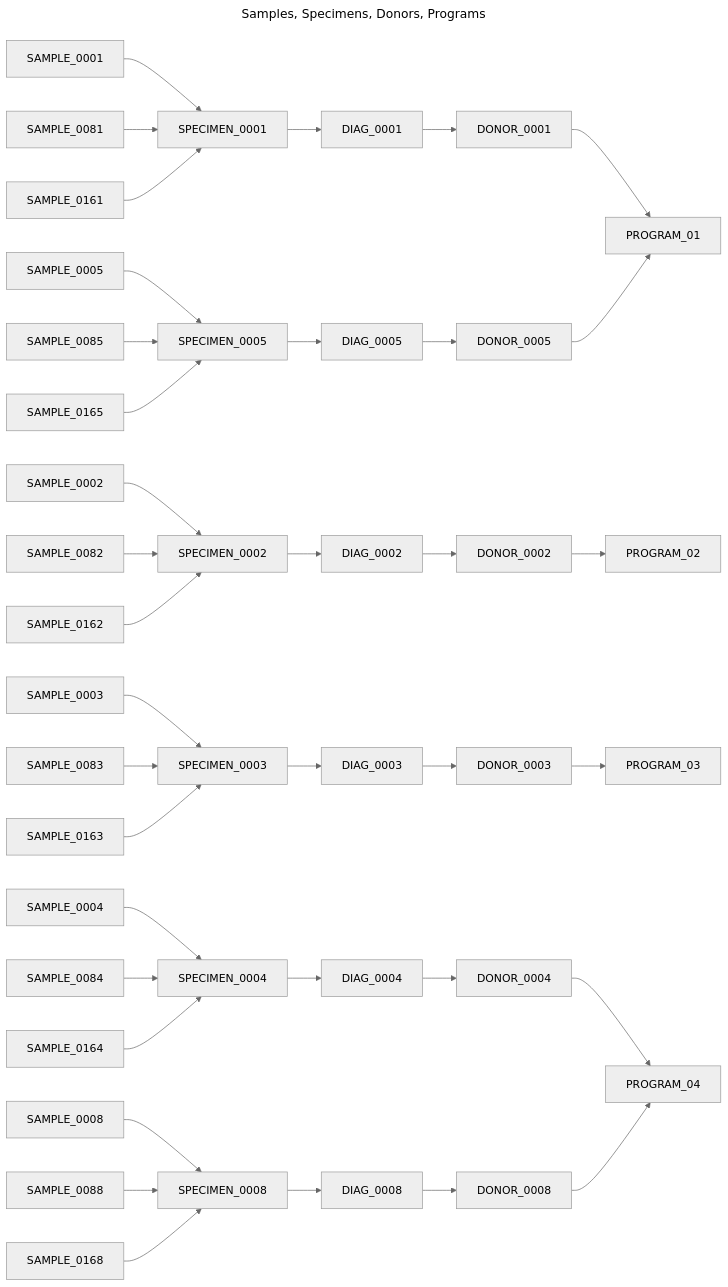
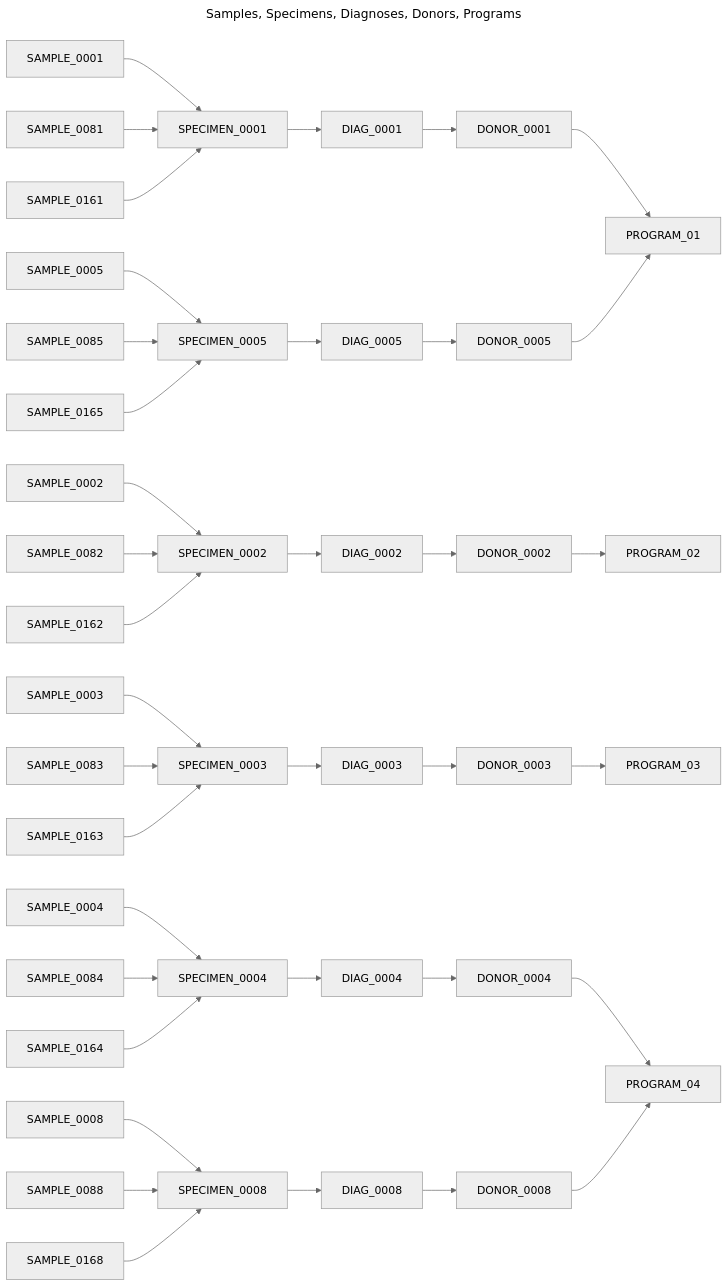
Before and after one commit to CanDIG/katsu: the first of 4 diagrams in chord_metadata_service/mohpackets/data/small_dataset/README.md, drawn with Mermaid (neutral theme). The commit also changed other lines of this file, not shown here.

````diff
--- a/chord_metadata_service/mohpackets/data/small_dataset/README.md
+++ b/chord_metadata_service/mohpackets/data/small_dataset/README.md
@@ -21,30 +21,30 @@
 ```mermaid
 ---
-title: Samples, Specimens, Donors, Programs
+title: Samples, Specimens, Diagnoses, Donors, Programs
 ---
 graph LR;  
   SPECIMEN_0001 --> DIAG_0001 --> DONOR_0001 --> PROGRAM_01;  
   SPECIMEN_0005 --> DIAG_0005 --> DONOR_0005 --> PROGRAM_01;  
   SPECIMEN_0002 --> DIAG_0002 --> DONOR_0002 --> PROGRAM_02;  
   SPECIMEN_0003 --> DIAG_0003 --> DONOR_0003 --> PROGRAM_03;  
   SPECIMEN_0004 --> DIAG_0004 --> DONOR_0004 --> PROGRAM_04;
   SPECIMEN_0008 --> DIAG_0008 --> DONOR_0008 --> PROGRAM_04;
   SAMPLE_0001--> SPECIMEN_0001; 
   SAMPLE_0081--> SPECIMEN_0001;  
   SAMPLE_0161--> SPECIMEN_0001;  
   SAMPLE_0005--> SPECIMEN_0005;  
   SAMPLE_0085--> SPECIMEN_0005;  
   SAMPLE_0165--> SPECIMEN_0005;  
   SAMPLE_0002--> SPECIMEN_0002;  
   SAMPLE_0082--> SPECIMEN_0002;  
   SAMPLE_0162--> SPECIMEN_0002;  
   SAMPLE_0003--> SPECIMEN_0003;  
   SAMPLE_0083--> SPECIMEN_0003;  
   SAMPLE_0163--> SPECIMEN_0003;  
   SAMPLE_0004--> SPECIMEN_0004;
   SAMPLE_0084--> SPECIMEN_0004;
   SAMPLE_0164--> SPECIMEN_0004;
   SAMPLE_0008--> SPECIMEN_0008;
   SAMPLE_0088--> SPECIMEN_0008;
   SAMPLE_0168--> SPECIMEN_0008;
 ```
````
